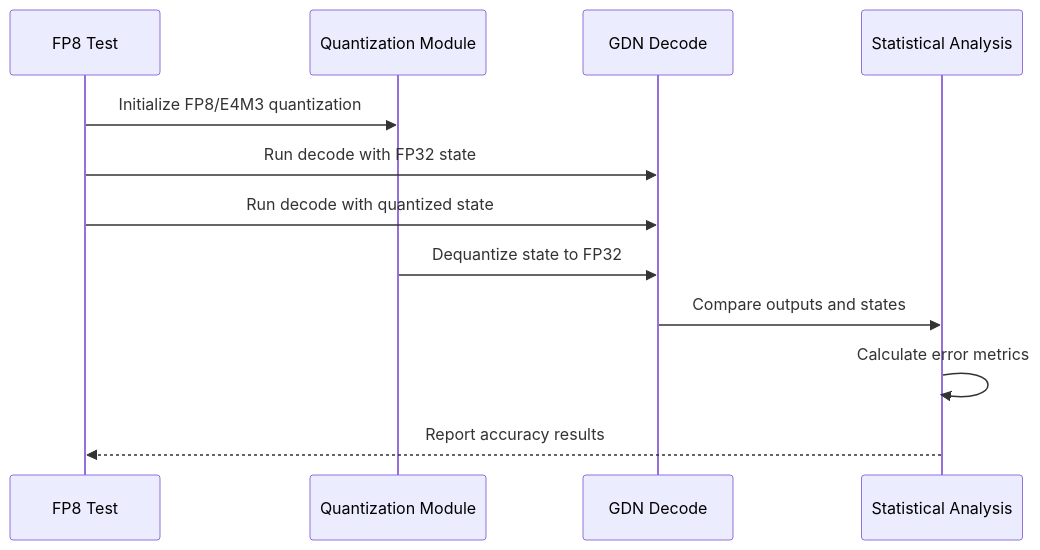
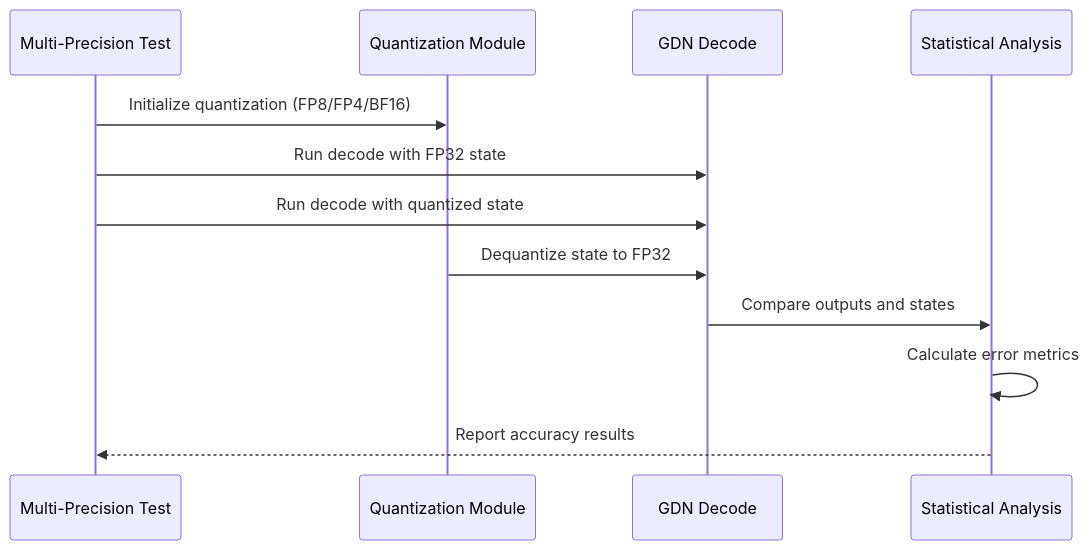
Before and after one commit to gugudeshubao/flashinfer-bench-tma-thrust: the eighth of 9 diagrams in .qoder/repowiki/en/content/Testing Debugging Framework.md, drawn with Mermaid. The commit also changed other lines of this file and 4 other files, not shown here.

First line of the commit message:
refactor: Rename test_fp8_accuracy.py to test_quantization_accuracy.py

````diff
--- a/.qoder/repowiki/en/content/Testing Debugging Framework.md
+++ b/.qoder/repowiki/en/content/Testing Debugging Framework.md
@@ -372,14 +372,14 @@
 ```mermaid
 sequenceDiagram
-participant Test as FP8 Test
+participant Test as Multi-Precision Test
 participant Quant as Quantization Module
 participant GDN as GDN Decode
 participant Stats as Statistical Analysis
-Test->>Quant : Initialize FP8/E4M3 quantization
+Test->>Quant : Initialize quantization (FP8/FP4/BF16)
 Test->>GDN : Run decode with FP32 state
 Test->>GDN : Run decode with quantized state
 Quant->>GDN : Dequantize state to FP32
 GDN->>Stats : Compare outputs and states
 Stats->>Stats : Calculate error metrics
 Stats-->>Test : Report accuracy results
 ```
````
